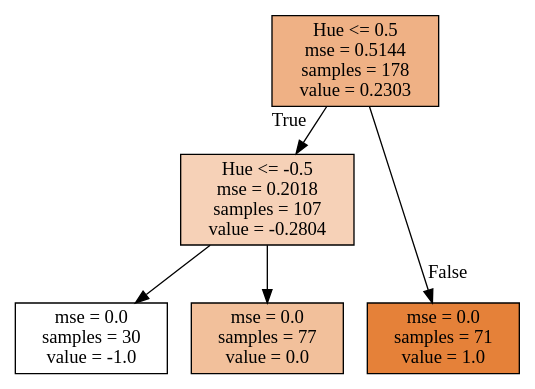
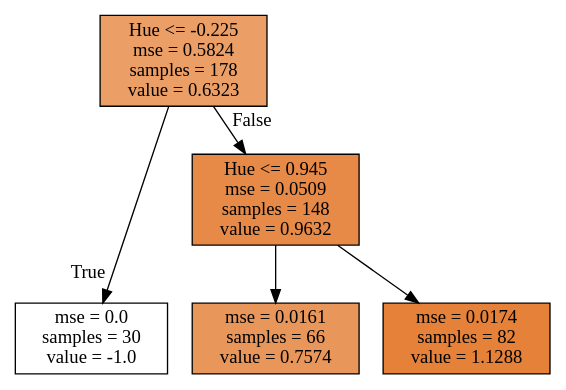
One commit to abbyschantz/cs35 changed the diagram in hw5/tree2.dot. Above: the diagram before and after it, drawn with Graphviz. The commit also changed 5 other files, not shown here.

```diff
--- a/hw5/tree2.dot
+++ b/hw5/tree2.dot
@@ -1,16 +1,16 @@
 digraph Tree {
 node [shape=box, style="filled", color="black"] ;
 graph [ranksep=equally, splines=polyline] ;
-0 [label="Hue <= 0.5\nmse = 0.5144\nsamples = 178\nvalue = 0.2303", fillcolor="#e581399d"] ;
-1 [label="Hue <= -0.5\nmse = 0.2018\nsamples = 107\nvalue = -0.2804", fillcolor="#e581395c"] ;
+0 [label="Hue <= -0.225\nmse = 0.5824\nsamples = 178\nvalue = 0.6323", fillcolor="#e58139c4"] ;
+1 [label="mse = 0.0\nsamples = 30\nvalue = -1.0", fillcolor="#e5813900"] ;
 0 -> 1 [labeldistance=2.5, labelangle=45, headlabel="True"] ;
-2 [label="mse = 0.0\nsamples = 30\nvalue = -1.0", fillcolor="#e5813900"] ;
-1 -> 2 ;
-3 [label="mse = 0.0\nsamples = 77\nvalue = 0.0", fillcolor="#e5813980"] ;
-1 -> 3 ;
-4 [label="mse = 0.0\nsamples = 71\nvalue = 1.0", fillcolor="#e58139ff"] ;
-0 -> 4 [labeldistance=2.5, labelangle=-45, headlabel="False"] ;
+2 [label="Hue <= 0.945\nmse = 0.0509\nsamples = 148\nvalue = 0.9632", fillcolor="#e58139eb"] ;
+0 -> 2 [labeldistance=2.5, labelangle=-45, headlabel="False"] ;
+3 [label="mse = 0.0161\nsamples = 66\nvalue = 0.7574", fillcolor="#e58139d3"] ;
+2 -> 3 ;
+4 [label="mse = 0.0174\nsamples = 82\nvalue = 1.1288", fillcolor="#e58139ff"] ;
+2 -> 4 ;
 {rank=same ; 0} ;
-{rank=same ; 1} ;
-{rank=same ; 2; 3; 4} ;
+{rank=same ; 2} ;
+{rank=same ; 1; 3; 4} ;
 }
```
